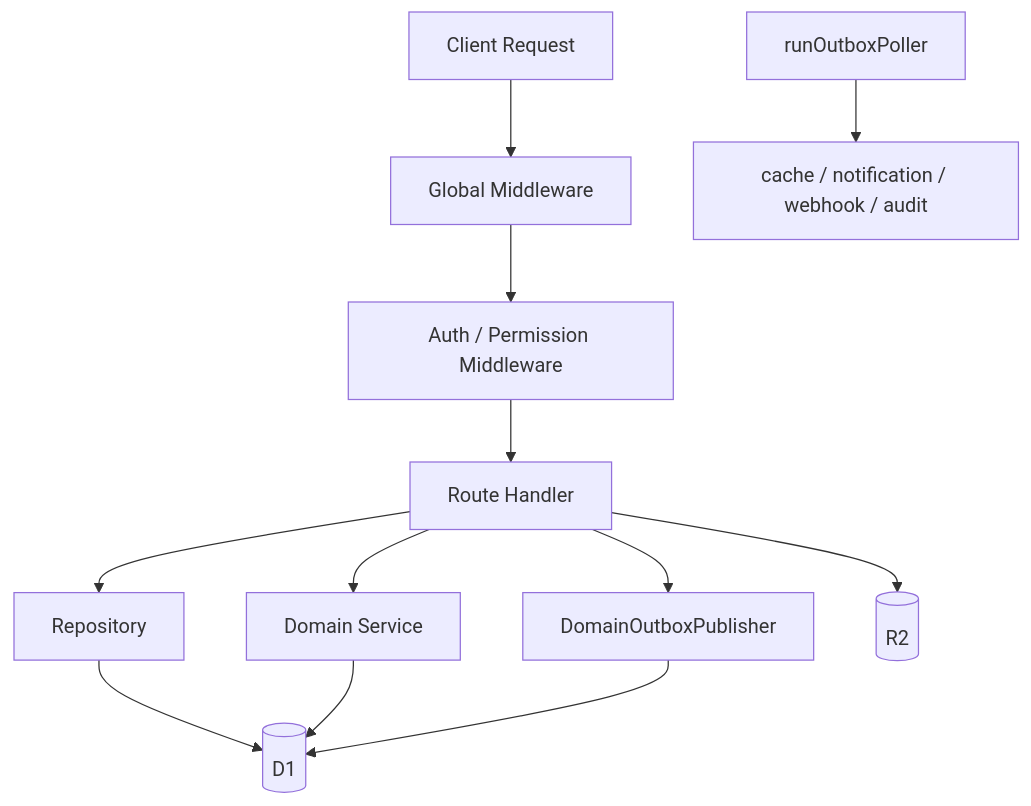
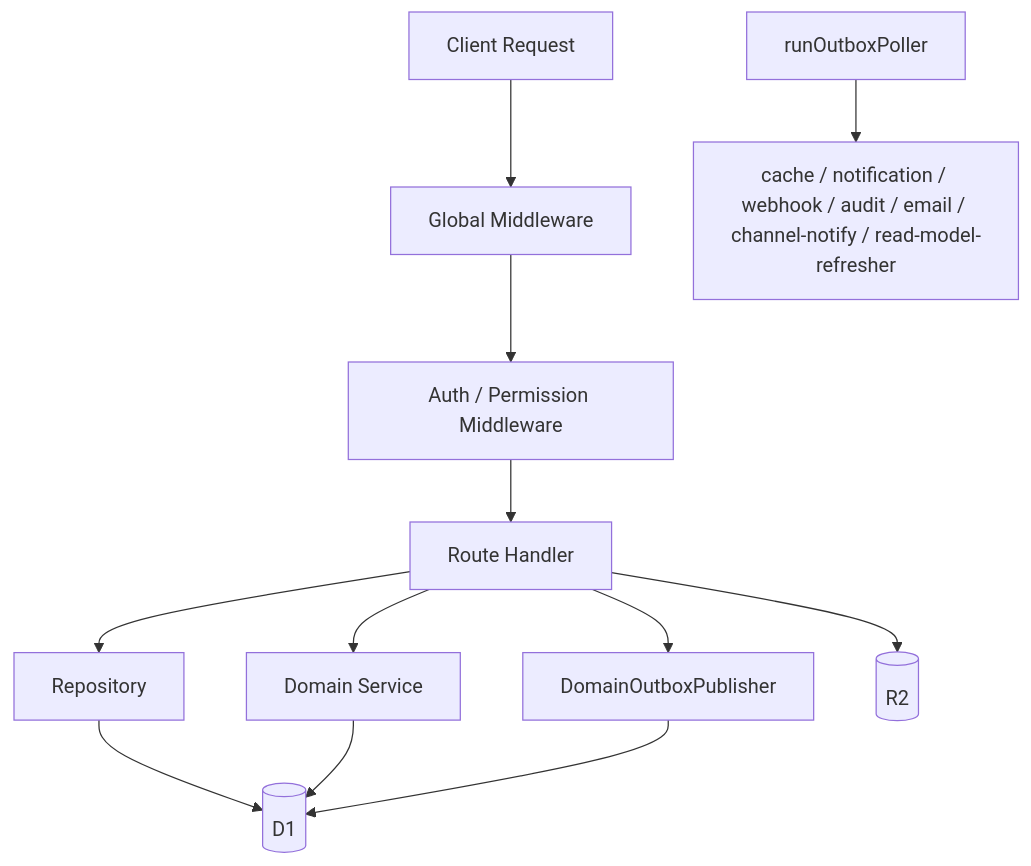
One commit to lelouch0823/KK-Image changed the diagram in docs/architecture/modules/api-routes.md. Above: the diagram before and after it, drawn with Mermaid. The commit also changed other lines of this file and 3 other files, not shown here.

````diff
--- a/docs/architecture/modules/api-routes.md
+++ b/docs/architecture/modules/api-routes.md
@@ -12,14 +12,14 @@
 ```mermaid
 graph TD
     Request[Client Request] --> Middleware[Global Middleware]
     Middleware --> Auth[Auth / Permission Middleware]
     Auth --> Route[Route Handler]
     Route --> Repo[Repository]
     Route --> Service[Domain Service]
     Route --> Outbox[DomainOutboxPublisher]
     Repo --> D1[(D1)]
     Service --> D1
     Route --> R2[(R2)]
     Outbox --> D1
-    Poller[runOutboxPoller] --> Consumers[cache / notification / webhook / audit]
+    Poller[runOutboxPoller] --> Consumers[cache / notification / webhook / audit / email / channel-notify / read-model-refresher]
 ```
````
